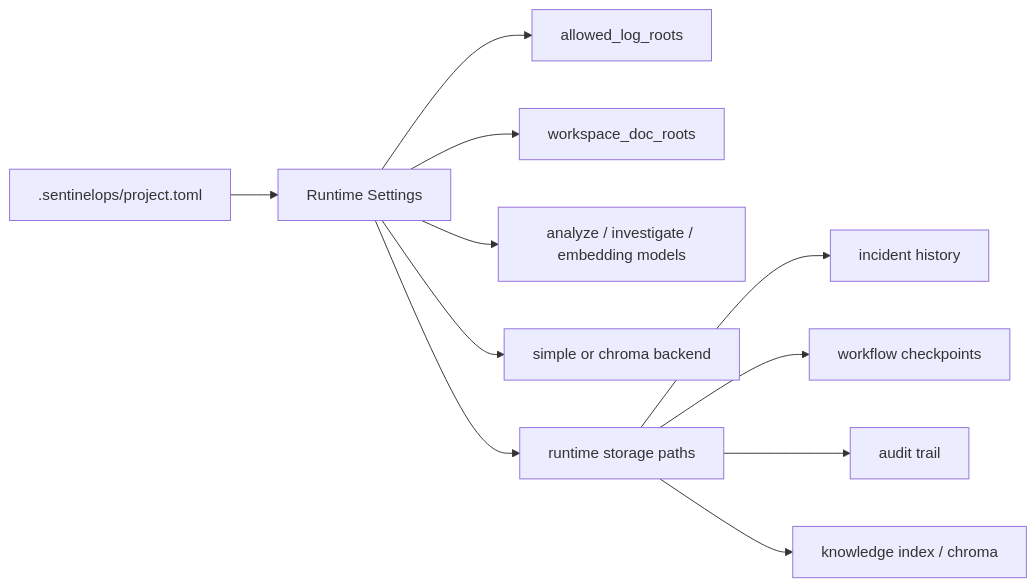
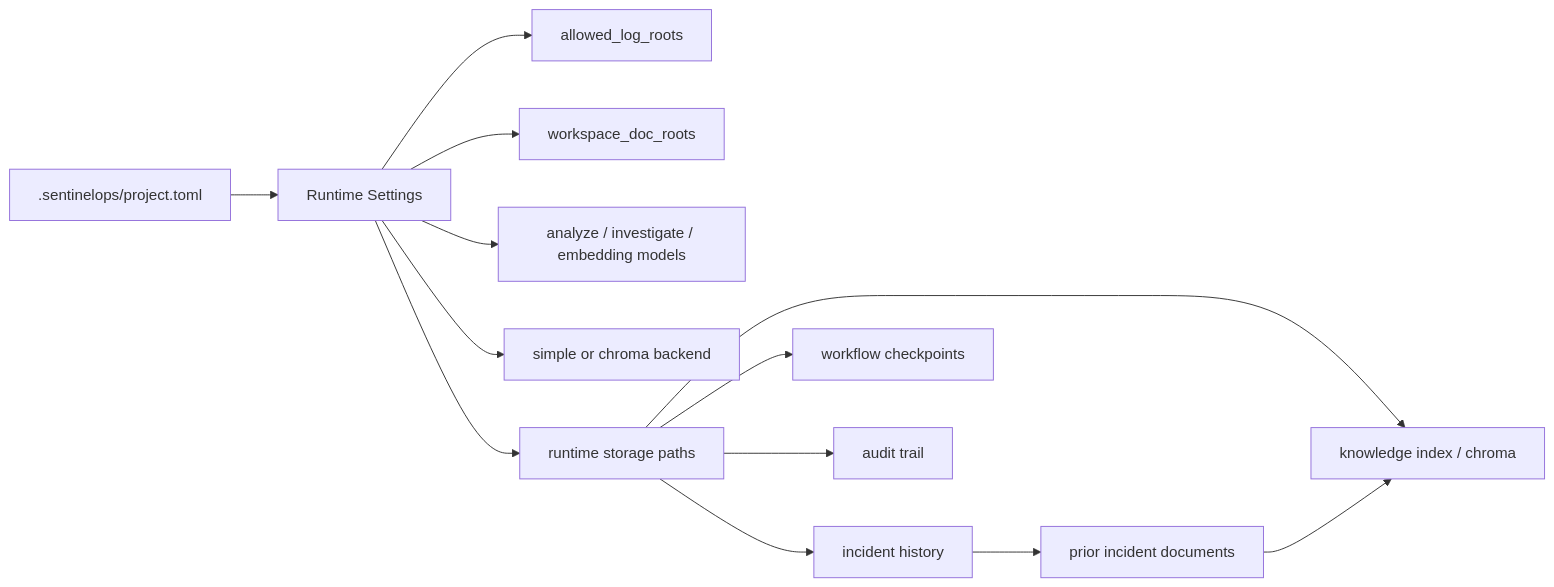
Before and after one commit to saikumar1767/Sentinel-Ops: the fifth of 5 diagrams in README.md, drawn with Mermaid. The commit also changed other lines of this file and 43 other files, not shown here.

````diff
--- a/README.md
+++ b/README.md
@@ -253,13 +272,15 @@
 ```mermaid
 flowchart LR
     Manifest[".sentinelops/project.toml"] --> Settings["Runtime Settings"]
     Settings --> LogRoots["allowed_log_roots"]
     Settings --> DocRoots["workspace_doc_roots"]
     Settings --> Models["analyze / investigate / embedding models"]
     Settings --> Backend["simple or chroma backend"]
     Settings --> Storage["runtime storage paths"]
     Storage --> Incidents["incident history"]
     Storage --> Workflow["workflow checkpoints"]
     Storage --> Audit["audit trail"]
     Storage --> Index["knowledge index / chroma"]
+    Incidents --> Memory["prior incident documents"]
+    Memory --> Index
 ```
````
